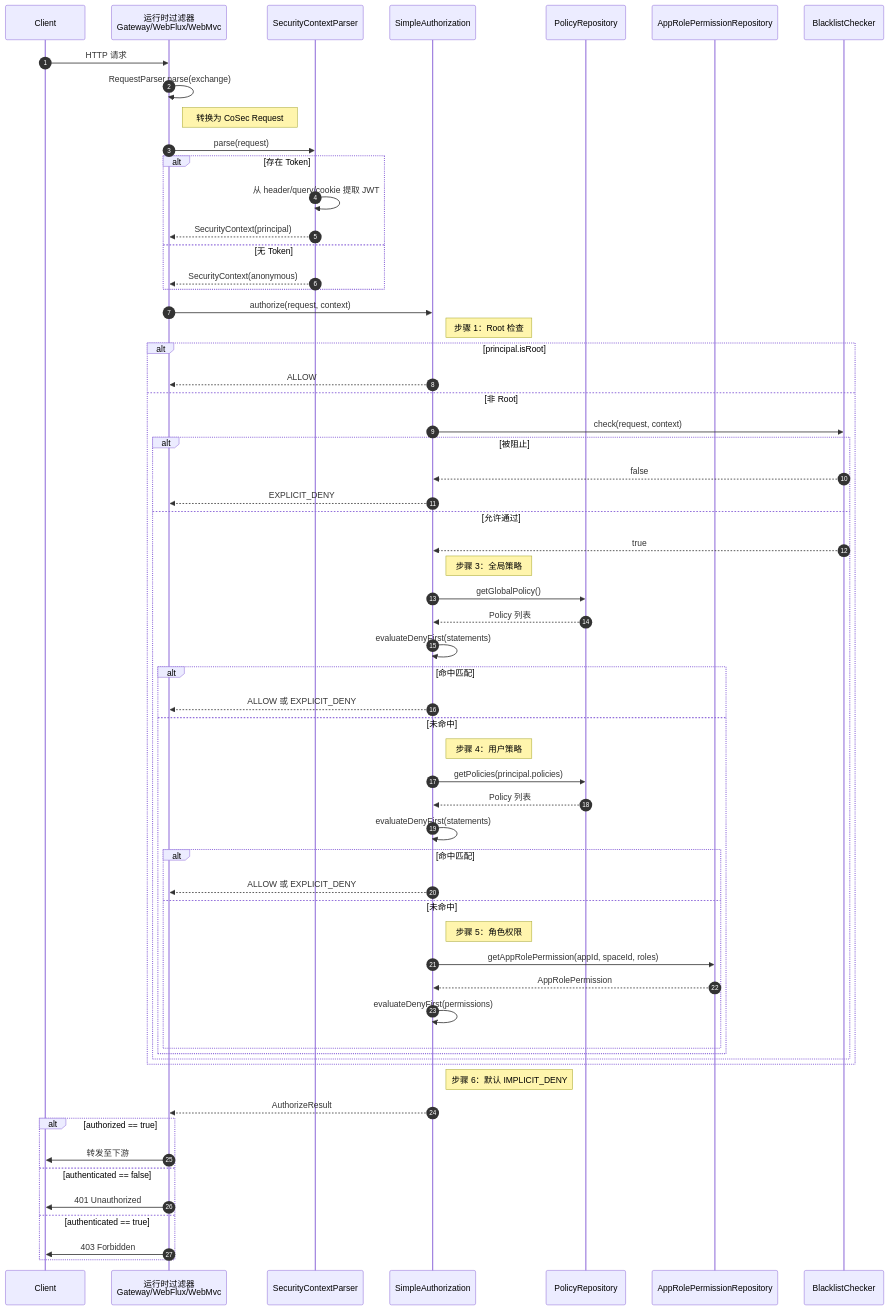
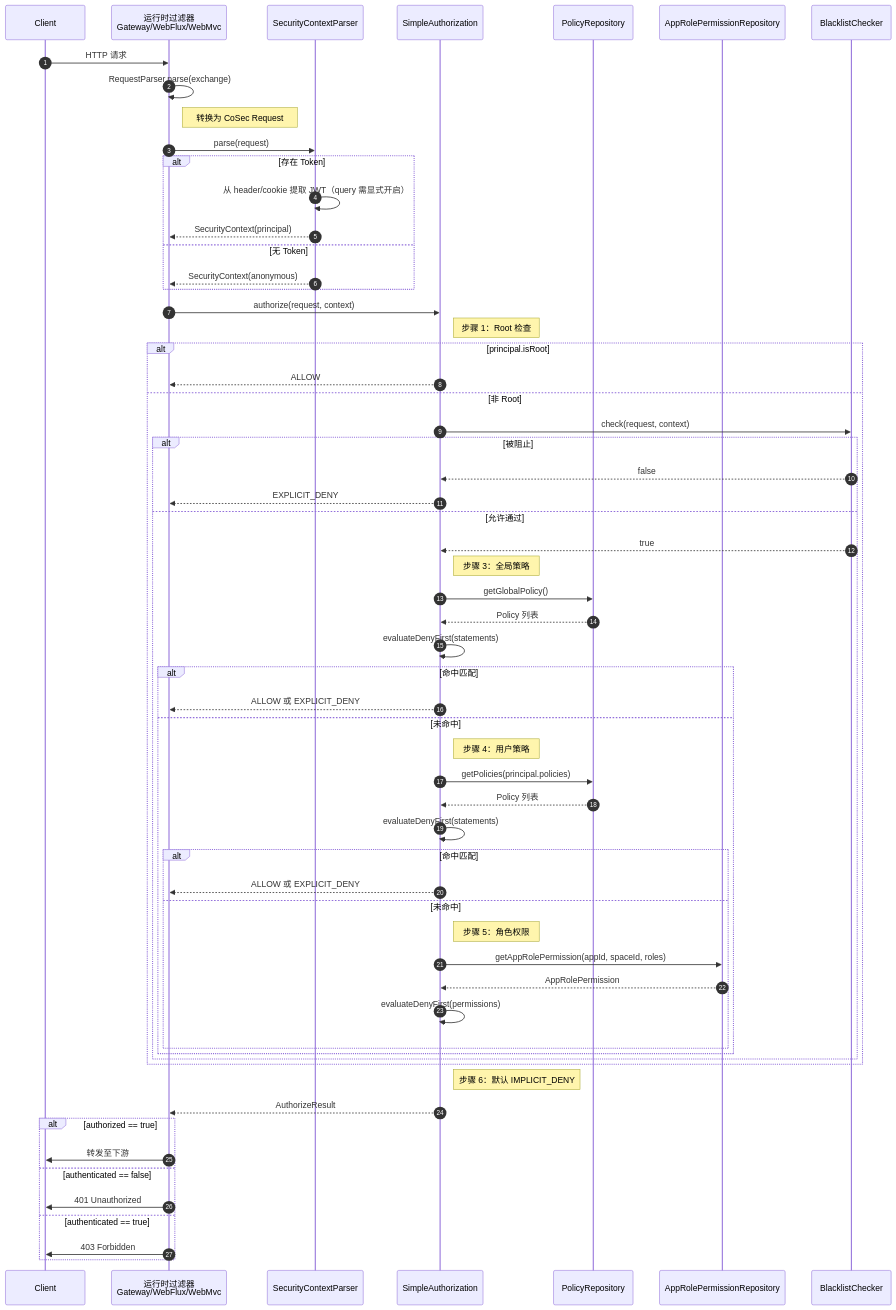
One commit to Ahoo-Wang/CoSec changed the third of 8 diagrams in wiki/zh/onboarding/staff-engineer.md. Above: the diagram before and after it, drawn with Mermaid. The commit also changed other lines of this file and 9 other files, not shown here.

````diff
--- a/wiki/zh/onboarding/staff-engineer.md
+++ b/wiki/zh/onboarding/staff-engineer.md
@@ -244,71 +244,71 @@
 ```mermaid
 sequenceDiagram
     autonumber
     participant Client
     participant Filter as 运行时过滤器<br>Gateway/WebFlux/WebMvc
     participant Parser as SecurityContextParser
     participant Auth as SimpleAuthorization
     participant PR as PolicyRepository
     participant ARPR as AppRolePermissionRepository
     participant BC as BlacklistChecker
 
     Client->>Filter: HTTP 请求
     Filter->>Filter: RequestParser.parse(exchange)
     Note right of Filter: 转换为 CoSec Request
 
     Filter->>Parser: parse(request)
     alt 存在 Token
-        Parser->>Parser: 从 header/query/cookie 提取 JWT
+        Parser->>Parser: 从 header/cookie 提取 JWT（query 需显式开启）
         Parser-->>Filter: SecurityContext(principal)
     else 无 Token
         Parser-->>Filter: SecurityContext(anonymous)
     end
 
     Filter->>Auth: authorize(request, context)
     Note right of Auth: 步骤 1：Root 检查
 
     alt principal.isRoot
         Auth-->>Filter: ALLOW
     else 非 Root
         Auth->>BC: check(request, context)
         alt 被阻止
             BC-->>Auth: false
             Auth-->>Filter: EXPLICIT_DENY
         else 允许通过
             BC-->>Auth: true
             Note right of Auth: 步骤 3：全局策略
             Auth->>PR: getGlobalPolicy()
             PR-->>Auth: Policy 列表
             Auth->>Auth: evaluateDenyFirst(statements)
 
             alt 命中匹配
                 Auth-->>Filter: ALLOW 或 EXPLICIT_DENY
             else 未命中
                 Note right of Auth: 步骤 4：用户策略
                 Auth->>PR: getPolicies(principal.policies)
                 PR-->>Auth: Policy 列表
                 Auth->>Auth: evaluateDenyFirst(statements)
 
                 alt 命中匹配
                     Auth-->>Filter: ALLOW 或 EXPLICIT_DENY
                 else 未命中
                     Note right of Auth: 步骤 5：角色权限
                     Auth->>ARPR: getAppRolePermission(appId, spaceId, roles)
                     ARPR-->>Auth: AppRolePermission
                     Auth->>Auth: evaluateDenyFirst(permissions)
                 end
             end
         end
     end
 
     Note right of Auth: 步骤 6：默认 IMPLICIT_DENY
     Auth-->>Filter: AuthorizeResult
 
     alt authorized == true
         Filter->>Client: 转发至下游
     else authenticated == false
         Filter->>Client: 401 Unauthorized
     else authenticated == true
         Filter->>Client: 403 Forbidden
     end
 ```
````
